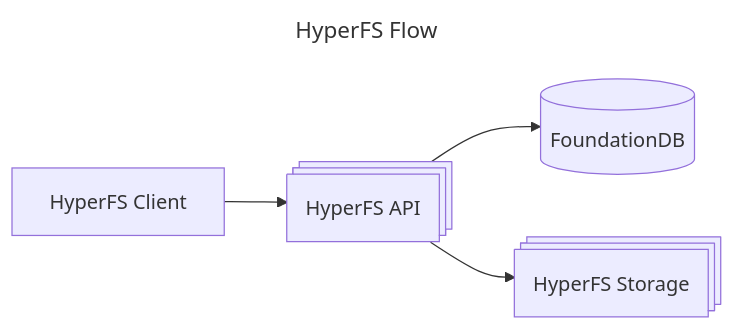
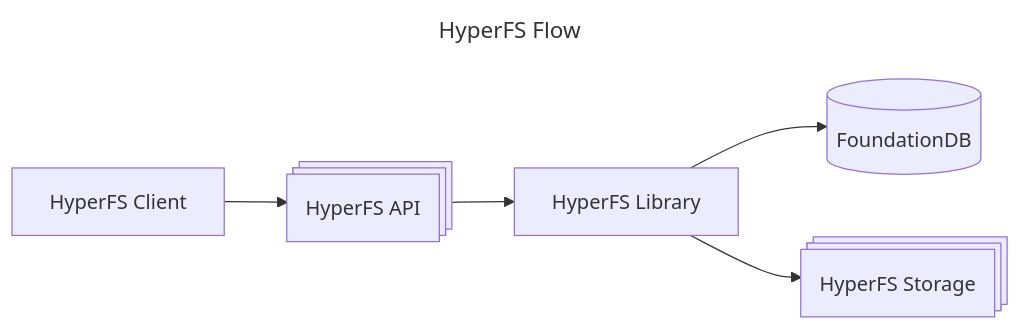
The diagram in docs/hyperfs-flow.mermaid (hyperscale/hyperfs), drawn with Mermaid before and after one commit. The commit also changed 13 other files, not shown here.

```diff
--- a/docs/hyperfs-flow.mermaid
+++ b/docs/hyperfs-flow.mermaid
@@ -1,12 +1,14 @@
 ---
 title: HyperFS Flow
 ---
 flowchart LR
     sdk@{ shape: proc, label: "HyperFS Client" }
     api@{ shape: procs, label: "HyperFS API" }
+    lib@{ shape: proc, label: "HyperFS Library" }
     storage@{ shape: procs, label: "HyperFS Storage" }
     fdb@{ shape: cyl, label: "FoundationDB" }
 
     sdk-->api
-    api-->fdb
-    api-->storage
+    api-->lib
+    lib-->fdb
+    lib-->storage
```
